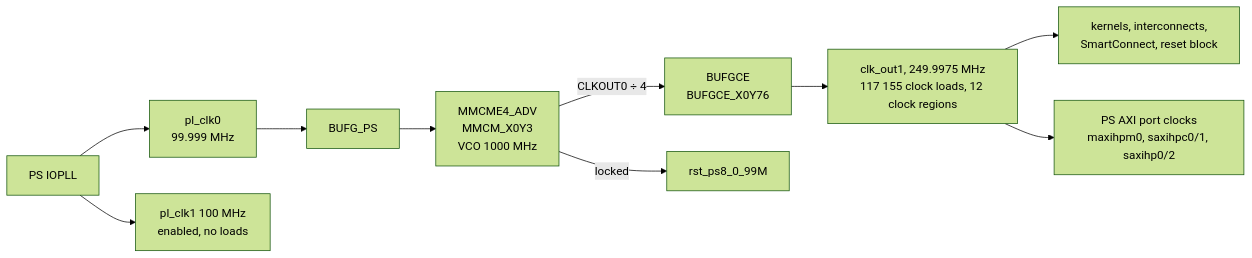
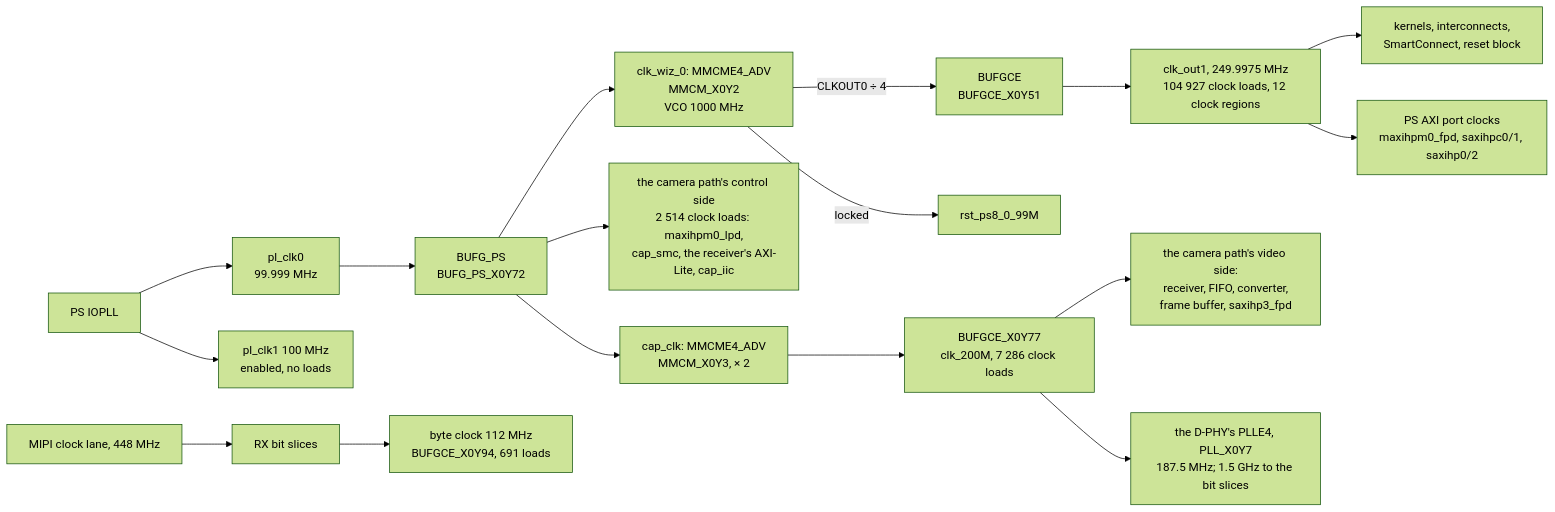
One commit to phoenix367/cormorant changed the fifth of 8 diagrams in doc/ARCHITECTURE.md. Above: the diagram before and after it, drawn with Mermaid (forest theme). The commit also changed other lines of this file and 2 other files, not shown here.

````diff
--- a/doc/ARCHITECTURE.md
+++ b/doc/ARCHITECTURE.md
@@ -333,12 +366,18 @@
 ```mermaid
 flowchart LR
   IOPLL["PS IOPLL"] --> PL0["pl_clk0<br/>99.999 MHz"]
   IOPLL --> PL1["pl_clk1 100 MHz<br/>enabled, no loads"]
-  PL0 --> BUFGPS["BUFG_PS"]
-  BUFGPS --> MMCM["MMCME4_ADV<br/>MMCM_X0Y3<br/>VCO 1000 MHz"]
-  MMCM -->|"CLKOUT0 ÷ 4"| BUFGCE["BUFGCE<br/>BUFGCE_X0Y76"]
-  BUFGCE --> G0["clk_out1, 249.9975 MHz<br/>117 155 clock loads, 12 clock regions"]
+  PL0 --> BUFGPS["BUFG_PS<br/>BUFG_PS_X0Y72"]
+  BUFGPS --> MMCM["clk_wiz_0: MMCME4_ADV<br/>MMCM_X0Y2<br/>VCO 1000 MHz"]
+  MMCM -->|"CLKOUT0 ÷ 4"| BUFGCE["BUFGCE<br/>BUFGCE_X0Y51"]
+  BUFGCE --> G0["clk_out1, 249.9975 MHz<br/>104 927 clock loads, 12 clock regions"]
   G0 --> K["kernels, interconnects,<br/>SmartConnect, reset block"]
-  G0 --> PSP["PS AXI port clocks<br/>maxihpm0, saxihpc0/1, saxihp0/2"]
+  G0 --> PSP["PS AXI port clocks<br/>maxihpm0_fpd, saxihpc0/1, saxihp0/2"]
   MMCM -->|"locked"| RST["rst_ps8_0_99M"]
+  BUFGPS --> LITE["the camera path's control side<br/>2 514 clock loads: maxihpm0_lpd,<br/>cap_smc, the receiver's AXI-Lite, cap_iic"]
+  BUFGPS --> CMMCM["cap_clk: MMCME4_ADV<br/>MMCM_X0Y3, × 2"]
+  CMMCM --> CBUF["BUFGCE_X0Y77<br/>clk_200M, 7 286 clock loads"]
+  CBUF --> VID["the camera path's video side:<br/>receiver, FIFO, converter,<br/>frame buffer, saxihp3_fpd"]
+  CBUF --> DPLL["the D-PHY's PLLE4, PLL_X0Y7<br/>187.5 MHz; 1.5 GHz to the bit slices"]
+  MIPI["MIPI clock lane, 448 MHz"] --> BS["RX bit slices"] --> BYTE["byte clock 112 MHz<br/>BUFGCE_X0Y94, 691 loads"]
 ```
````
